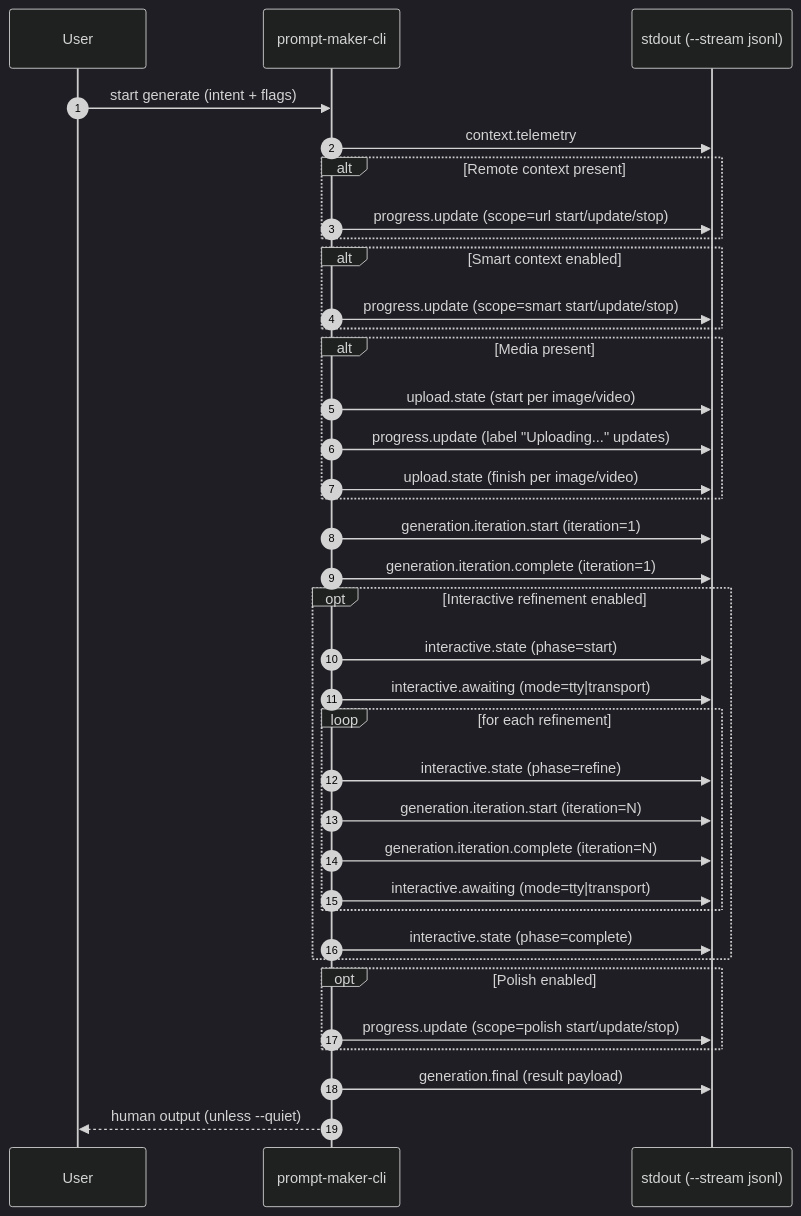
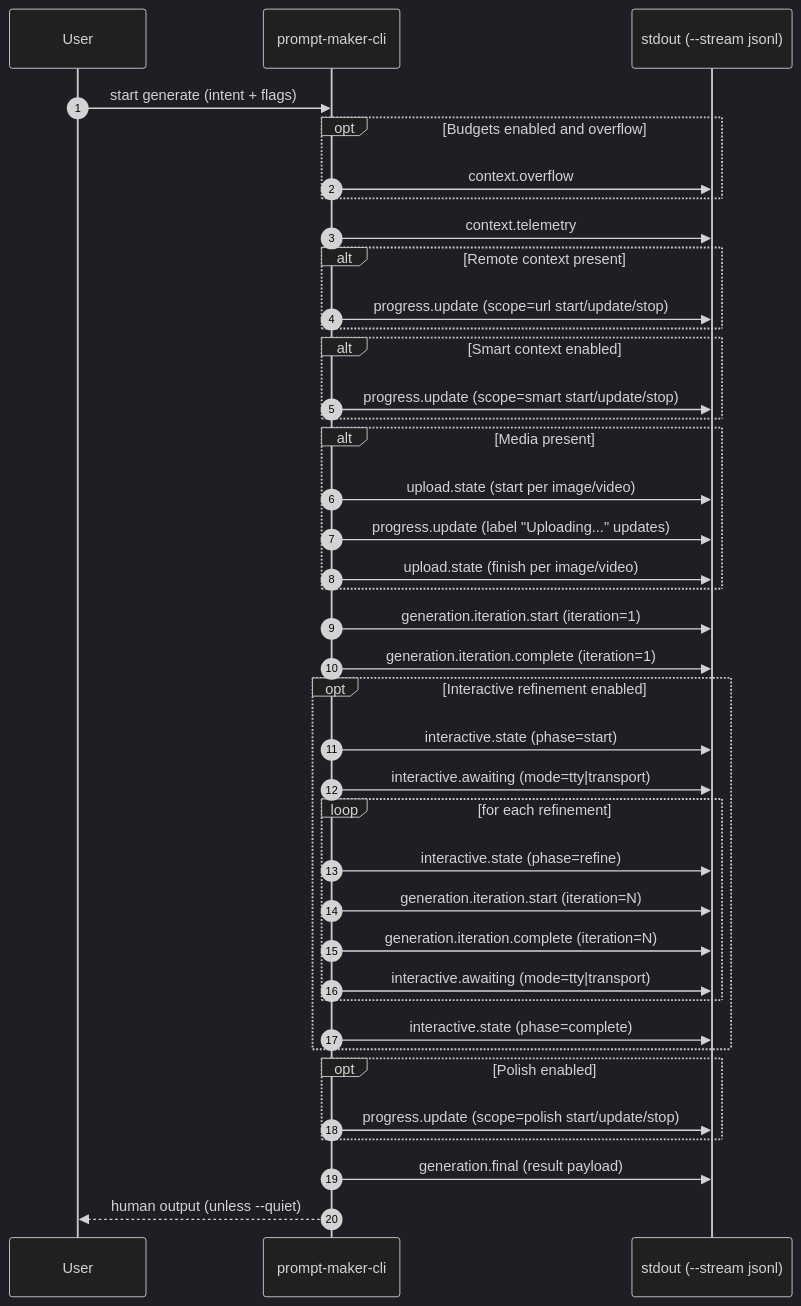
One commit to edward-r/prompt-maker changed the tenth of 14 diagrams in README.md. Above: the diagram before and after it, drawn with Mermaid (dark theme). The commit also changed other lines of this file and 8 other files, not shown here.

````diff
--- a/README.md
+++ b/README.md
@@ -771,46 +782,51 @@
 ```mermaid
 sequenceDiagram
   autonumber
   participant User
   participant CLI as prompt-maker-cli
   participant Stream as stdout (--stream jsonl)
 
   User->>CLI: start generate (intent + flags)
+
+  opt Budgets enabled and overflow
+    CLI->>Stream: context.overflow
+  end
+
   CLI->>Stream: context.telemetry
 
   alt Remote context present
     CLI->>Stream: progress.update (scope=url start/update/stop)
   end
 
   alt Smart context enabled
     CLI->>Stream: progress.update (scope=smart start/update/stop)
   end
 
   alt Media present
     CLI->>Stream: upload.state (start per image/video)
     CLI->>Stream: progress.update (label "Uploading..." updates)
     CLI->>Stream: upload.state (finish per image/video)
   end
 
   CLI->>Stream: generation.iteration.start (iteration=1)
   CLI->>Stream: generation.iteration.complete (iteration=1)
 
   opt Interactive refinement enabled
     CLI->>Stream: interactive.state (phase=start)
     CLI->>Stream: interactive.awaiting (mode=tty|transport)
     loop for each refinement
       CLI->>Stream: interactive.state (phase=refine)
       CLI->>Stream: generation.iteration.start (iteration=N)
       CLI->>Stream: generation.iteration.complete (iteration=N)
       CLI->>Stream: interactive.awaiting (mode=tty|transport)
     end
     CLI->>Stream: interactive.state (phase=complete)
   end
 
   opt Polish enabled
     CLI->>Stream: progress.update (scope=polish start/update/stop)
   end
 
   CLI->>Stream: generation.final (result payload)
   CLI-->>User: human output (unless --quiet)
 ```
````
